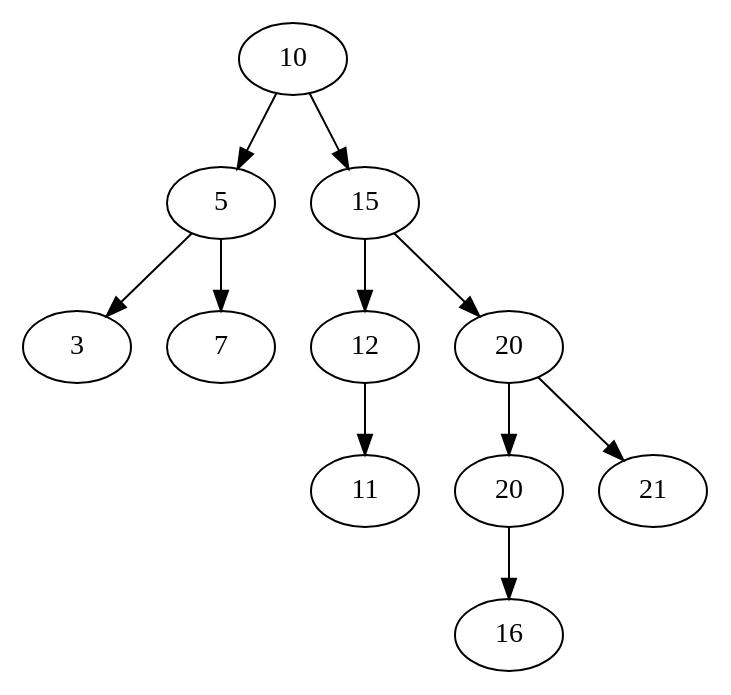
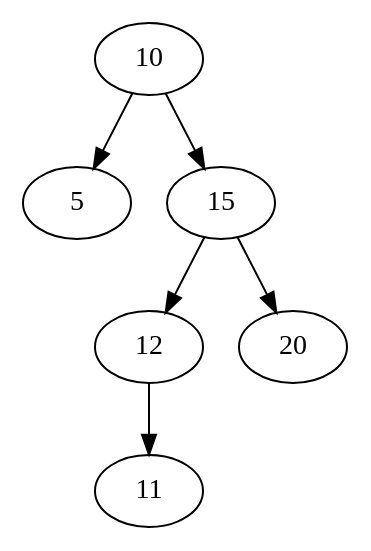
One commit to egor7531/Akinator changed the diagram in Dump.dot. Above: the diagram before and after it, drawn with Graphviz. The commit also changed 4 other files, not shown here.

```diff
--- a/Dump.dot
+++ b/Dump.dot
@@ -1,25 +1,15 @@
 digraph Tree
 {
 rankdir = TB;
-node_12064112 [label = "10"];
-node_12064112 -> node_12064136;
-node_12064136 [label = "5"];
-node_12064136 -> node_12064256;
-node_12064256 [label = "3"];
-node_12064136 -> node_12064328;
-node_12064328 [label = "7"];
-node_12064112 -> node_12064160;
-node_12064160 [label = "15"];
-node_12064160 -> node_12064184;
-node_12064184 [label = "12"];
-node_12064184 -> node_12064232;
-node_12064232 [label = "11"];
-node_12064160 -> node_12064208;
-node_12064208 [label = "20"];
-node_12064208 -> node_12064280;
-node_12064280 [label = "20"];
-node_12064280 -> node_12064304;
-node_12064304 [label = "16"];
-node_12064208 -> node_12064352;
-node_12064352 [label = "21"];
+node_8197648 [label = "10"];
+node_8197648 -> node_8197736;
+node_8197736 [label = "5"];
+node_8197648 -> node_8197824;
+node_8197824 [label = "15"];
+node_8197824 -> node_8197912;
+node_8197912 [label = "12"];
+node_8197912 -> node_8198000;
+node_8198000 [label = "11"];
+node_8197824 -> node_8198088;
+node_8198088 [label = "20"];
 }
```
